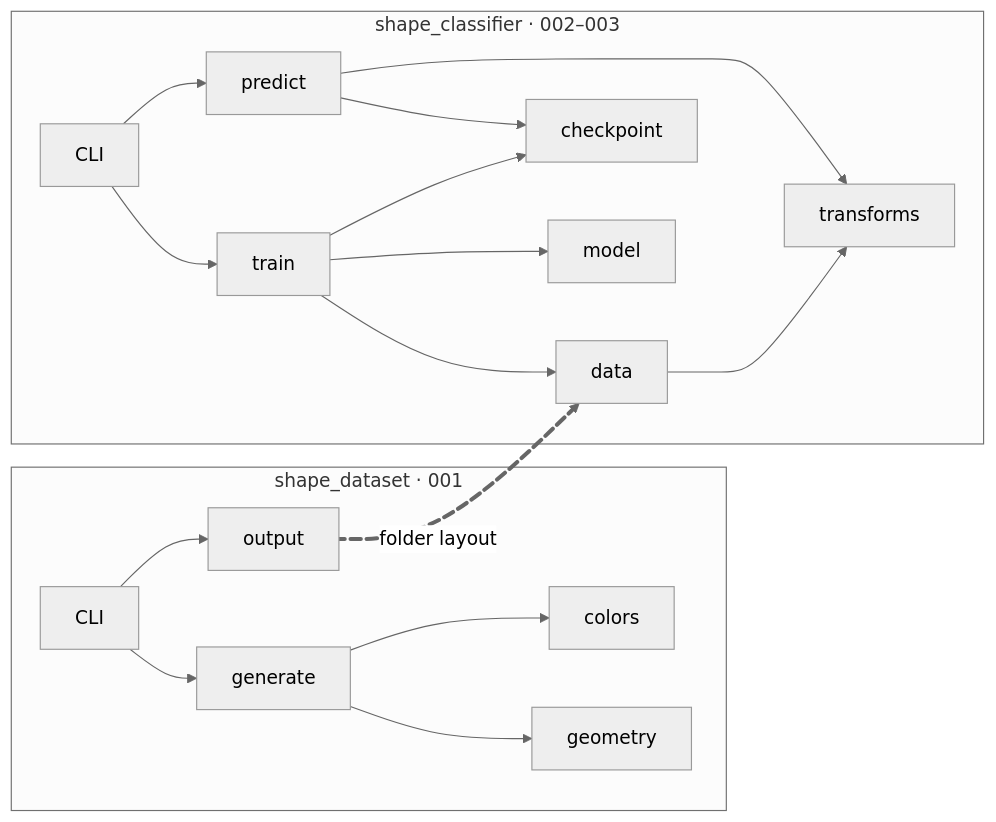
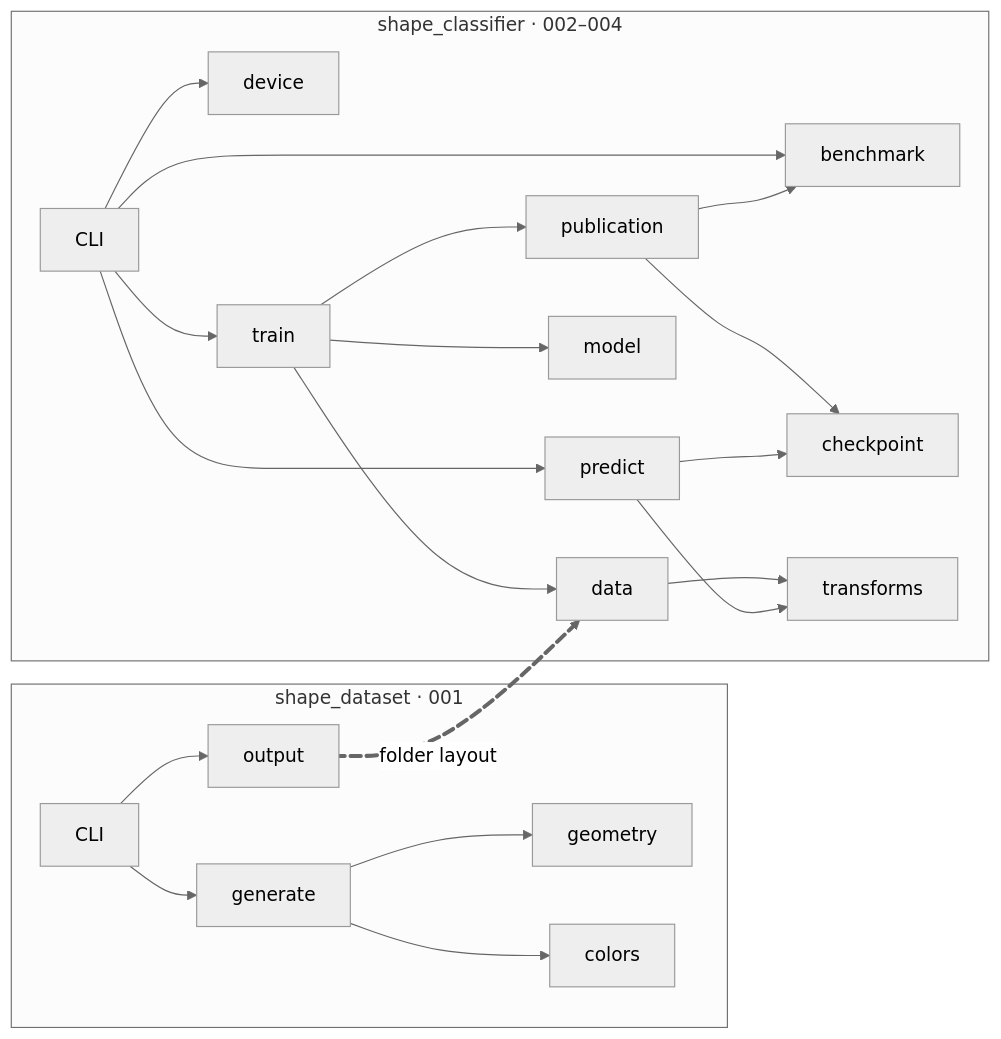
The seventh of 14 diagrams in CNN/image_classification/docs/hld/slides.md (nal/ML), drawn with Mermaid (neutral theme) before and after one commit. The commit also changed other lines of this file and 1 other file, not shown here.

First line of the commit message:
docs(hld): refresh design and slides for device benchmark

````diff
--- a/CNN/image_classification/docs/hld/slides.md
+++ b/CNN/image_classification/docs/hld/slides.md
@@ -167,21 +210,25 @@
 ```mermaid {scale: 0.65}
 flowchart LR
   subgraph ds["shape_dataset · 001"]
     dmain["CLI"] --> dgen[generate]
     dgen --> dgeo[geometry]
     dgen --> dcol[colors]
     dmain --> dout["output"]
   end
-  subgraph sc["shape_classifier · 002–003"]
-    cmain["CLI"] --> ctrain[train]
+  subgraph sc["shape_classifier · 002–004"]
+    cmain["CLI"] --> cdev[device]
+    cmain --> ctrain[train]
     cmain --> cpred[predict]
+    cmain --> cbench[benchmark]
     ctrain --> cdata[data]
     ctrain --> cmodel[model]
-    ctrain --> cckpt[checkpoint]
+    ctrain --> cpub[publication]
+    cpub --> cckpt[checkpoint]
+    cpub --> cbench
     cpred --> cckpt
     cdata --> ctf[transforms]
     cpred --> ctf
   end
   dout e1@==>|folder layout| cdata
   e1@{ animate: true }
 ```
````
